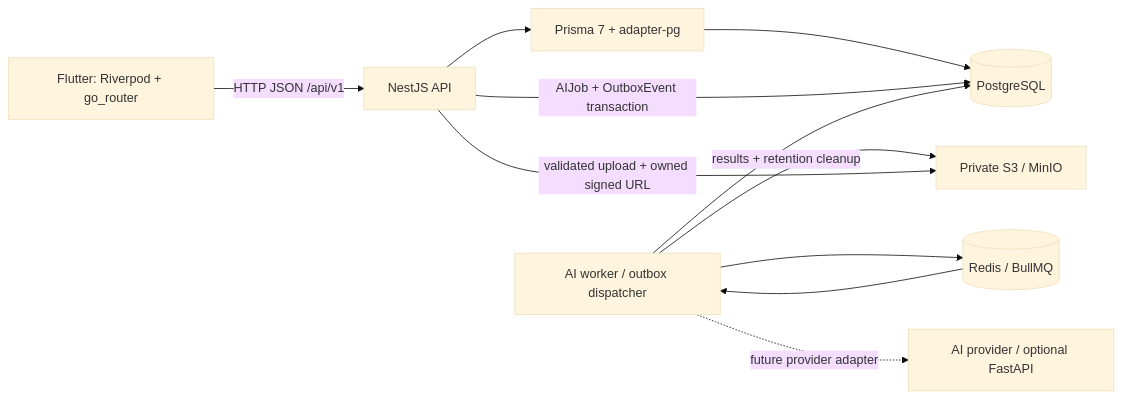
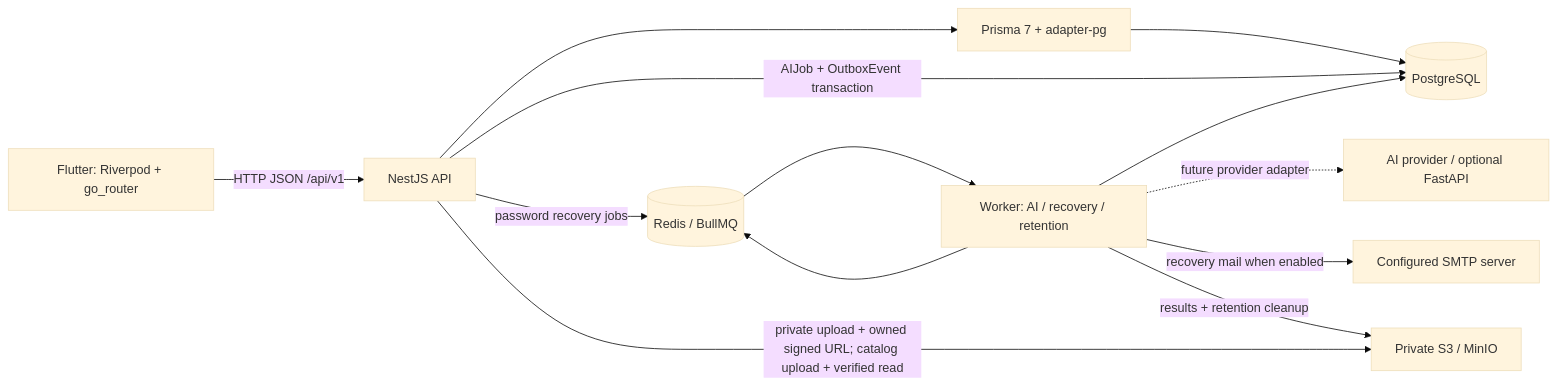
One commit to pqchien1905/WEARLY changed the first of 2 diagrams in docs/architecture.md. Above: the diagram before and after it, drawn with Mermaid (base theme). The commit also changed other lines of this file and 7 other files, not shown here.

Commit message:
docs: align architecture and recovery diagrams with implemented modules

````diff
--- a/docs/architecture.md
+++ b/docs/architecture.md
@@ -25,13 +25,15 @@
 ```mermaid
 flowchart LR
   F["Flutter: Riverpod + go_router"] -->|"HTTP JSON /api/v1"| API["NestJS API"]
   API --> P["Prisma 7 + adapter-pg"]
   P --> DB[("PostgreSQL")]
   API -->|"AIJob + OutboxEvent transaction"| DB
-  W["AI worker / outbox dispatcher"] --> DB
+  W["Worker: AI / recovery / retention"] --> DB
   W --> Q[("Redis / BullMQ")]
   Q --> W
   W -. "future provider adapter" .-> AI["AI provider / optional FastAPI"]
+  API -->|"password recovery jobs"| Q
+  W -->|"recovery mail when enabled"| SMTP["Configured SMTP server"]
   W -->|"results + retention cleanup"| S3["Private S3 / MinIO"]
-  API -->|"validated upload + owned signed URL"| S3
+  API -->|"private upload + owned signed URL; catalog upload + verified read"| S3
 ```
````
